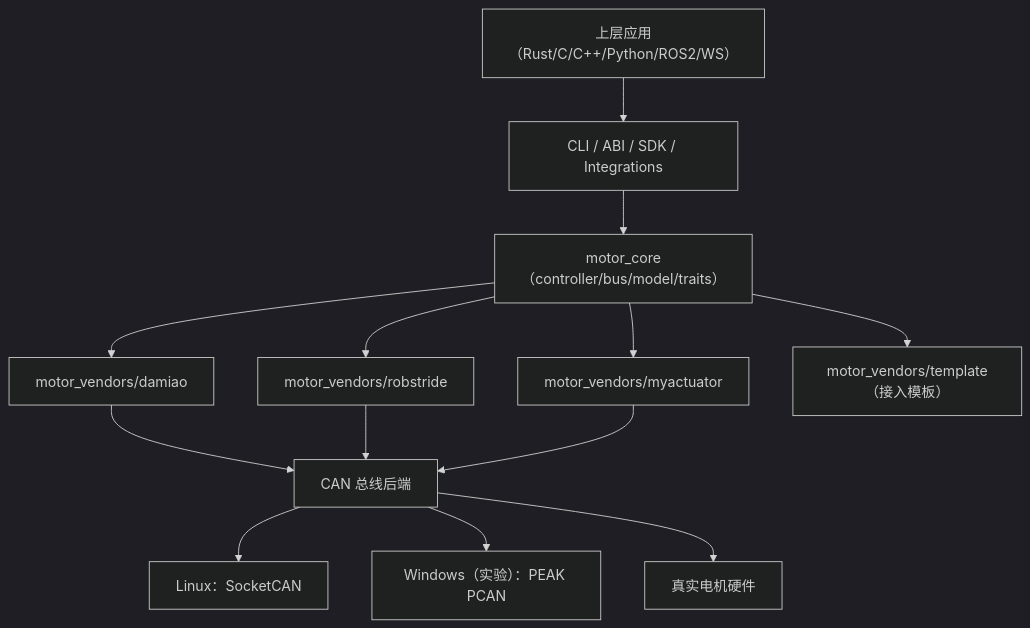
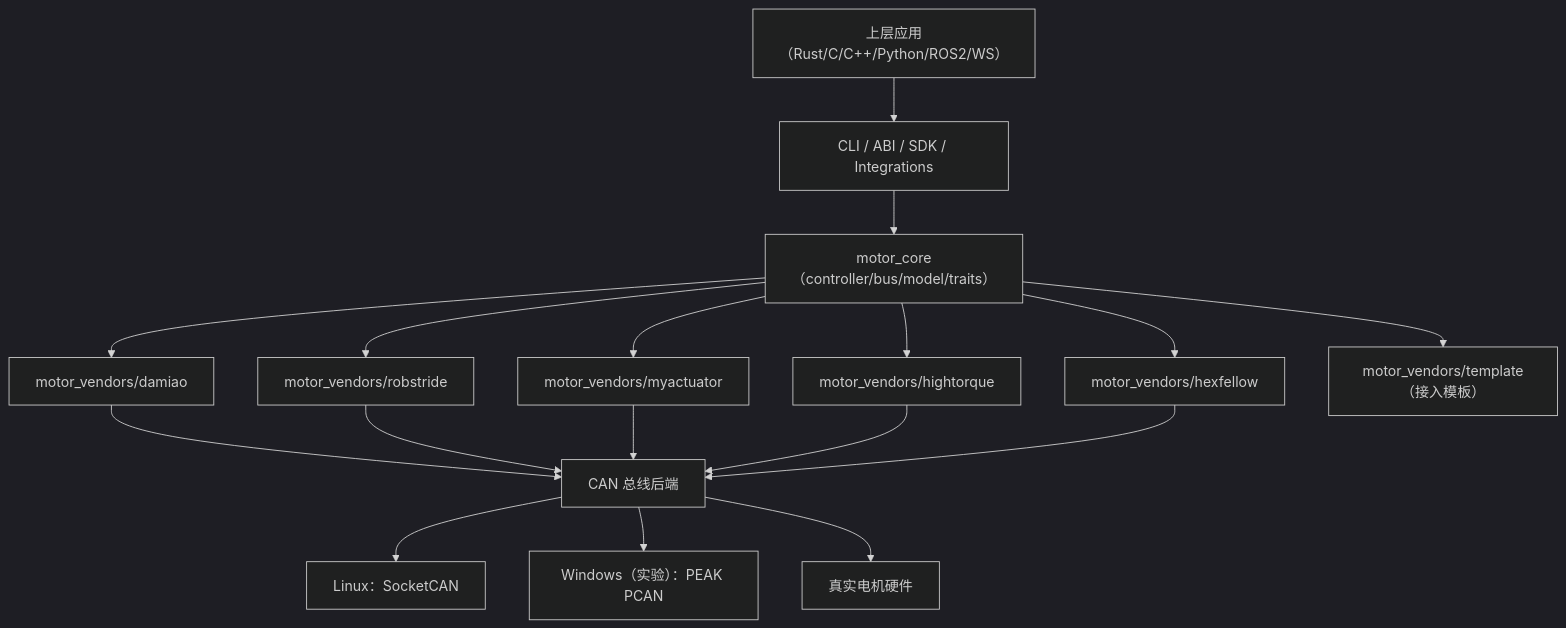
The first of 2 diagrams in docs/zh/architecture.md (tianrking/motorbridge), drawn with Mermaid (dark theme) before and after one commit. The commit also changed other lines of this file and 24 other files, not shown here.

Commit message:
feat(ui): upgrade reBot arm safety flow, parameter tooling, and help center docs

````diff
--- a/docs/zh/architecture.md
+++ b/docs/zh/architecture.md
@@ -5,15 +5,19 @@
 ```mermaid
 flowchart TB
   APP["上层应用（Rust/C/C++/Python/ROS2/WS）"] --> SURFACE["CLI / ABI / SDK / Integrations"]
   SURFACE --> CORE["motor_core（controller/bus/model/traits）"]
   CORE --> DAMIAO["motor_vendors/damiao"]
   CORE --> ROBSTRIDE["motor_vendors/robstride"]
   CORE --> MYACT["motor_vendors/myactuator"]
+  CORE --> HIGHTORQUE["motor_vendors/hightorque"]
+  CORE --> HEXFELLOW["motor_vendors/hexfellow"]
   CORE --> TEMPLATE["motor_vendors/template（接入模板）"]
   DAMIAO --> CAN["CAN 总线后端"]
   ROBSTRIDE --> CAN
   MYACT --> CAN
+  HIGHTORQUE --> CAN
+  HEXFELLOW --> CAN
   CAN --> LNX["Linux：SocketCAN"]
   CAN --> WIN["Windows（实验）：PEAK PCAN"]
   CAN --> HW["真实电机硬件"]
 ```
````
